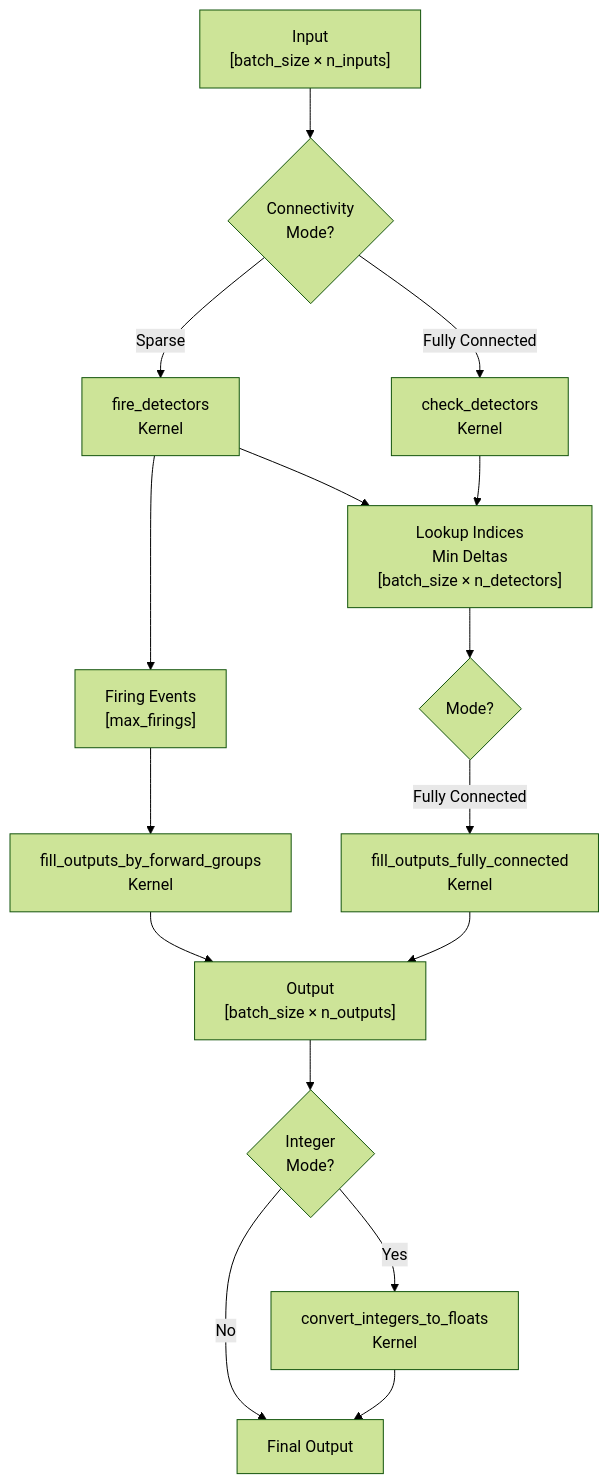
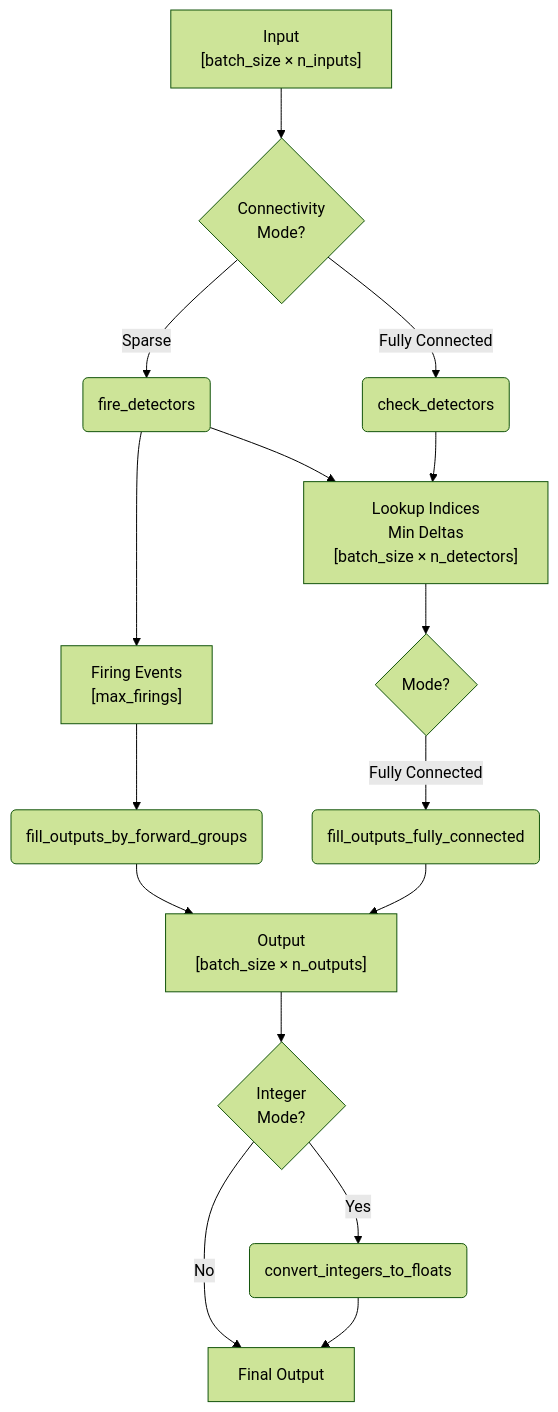
Before and after one commit to anatoli-starostin/spiky: the first of 5 diagrams in spiky_cuda/lut/doc/LUT_RUNTIME_DATA_FLOW.md, drawn with Mermaid (forest theme). The commit also changed other lines of this file, not shown here.

````diff
--- a/spiky_cuda/lut/doc/LUT_RUNTIME_DATA_FLOW.md
+++ b/spiky_cuda/lut/doc/LUT_RUNTIME_DATA_FLOW.md
@@ -9,23 +9,23 @@
 ```mermaid
 flowchart TD
     A["Input<br/>[batch_size × n_inputs]"] --> B{Connectivity<br/>Mode?}
-    B -->|Sparse| C[fire_detectors<br/>Kernel]
-    B -->|Fully Connected| D[check_detectors<br/>Kernel]
+    B -->|Sparse| C(fire_detectors)
+    B -->|Fully Connected| D(check_detectors)
     
     C --> E["Lookup Indices<br/>Min Deltas<br/>[batch_size × n_detectors]"]
     C --> F["Firing Events<br/>[max_firings]"]
     
     D --> E
     
     E --> G{Mode?}
-    F --> H[fill_outputs_by_forward_groups<br/>Kernel]
-    G -->|Fully Connected| I[fill_outputs_fully_connected<br/>Kernel]
+    F --> H(fill_outputs_by_forward_groups)
+    G -->|Fully Connected| I(fill_outputs_fully_connected)
     
     H --> J["Output<br/>[batch_size × n_outputs]"]
     I --> J
     
     J --> K{Integer<br/>Mode?}
-    K -->|Yes| L[convert_integers_to_floats<br/>Kernel]
+    K -->|Yes| L(convert_integers_to_floats)
     K -->|No| M[Final Output]
     L --> M
 ```
````
